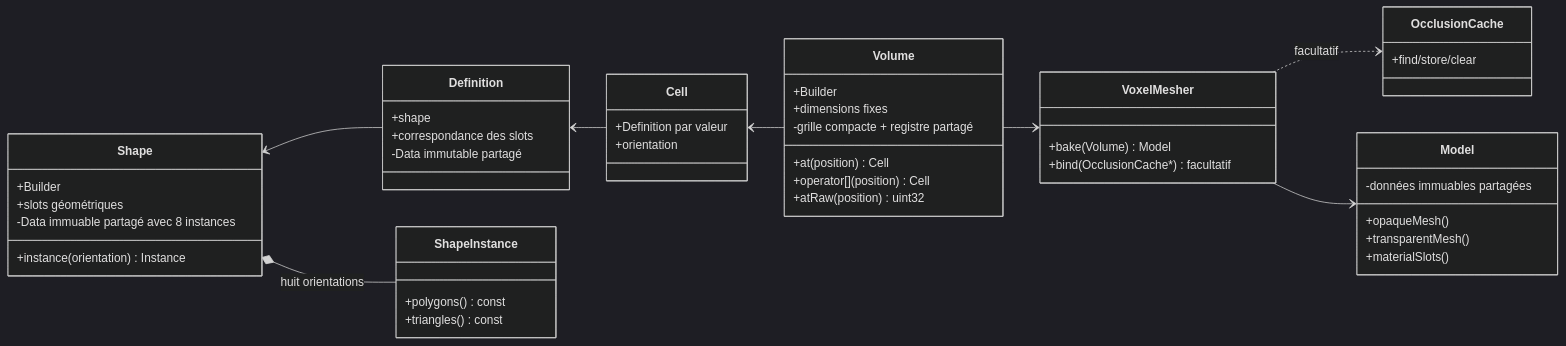
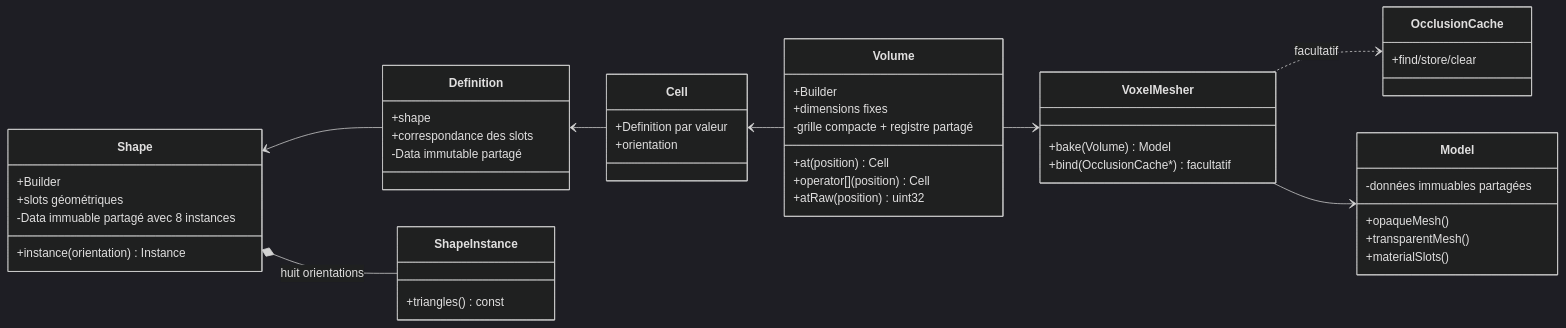
One commit to EreliaStudio/Sparkle changed the diagram in docs/voxel-engine-v0.1.4/02-modele-voxel.md. Above: the diagram before and after it, drawn with Mermaid (dark theme). The commit also changed other lines of this file and 5 other files, not shown here.

````diff
--- a/docs/voxel-engine-v0.1.4/02-modele-voxel.md
+++ b/docs/voxel-engine-v0.1.4/02-modele-voxel.md
@@ -7,51 +7,50 @@
 ```mermaid
 classDiagram
   direction LR
   class Shape {
     +Builder
     +slots géométriques
     +instance(orientation) Instance
     -Data immuable partagé avec 8 instances
   }
   class Definition {
     +shape
     +correspondance des slots
     -Data immutable partagé
   }
   class Cell {
     +Definition par valeur
     +orientation
   }
   class Volume {
     +Builder
     +dimensions fixes
     +at(position) Cell
     +operator[](position) Cell
     +atRaw(position) uint32
     -grille compacte + registre partagé
   }
   class Model {
     +opaqueMesh()
     +transparentMesh()
     +materialSlots()
     -données immuables partagées
   }
   class ShapeInstance {
-    +polygons() const
     +triangles() const
   }
   class OcclusionCache {
     +find/store/clear
   }
   class VoxelMesher {
     +bake(Volume) Model
     +bind(OcclusionCache*) facultatif
   }
   Shape <-- Definition
   Definition <-- Cell
   Cell <-- Volume
   Shape *-- ShapeInstance : huit orientations
   VoxelMesher ..> OcclusionCache : facultatif
   Volume --> VoxelMesher
   VoxelMesher --> Model
 ```
````
